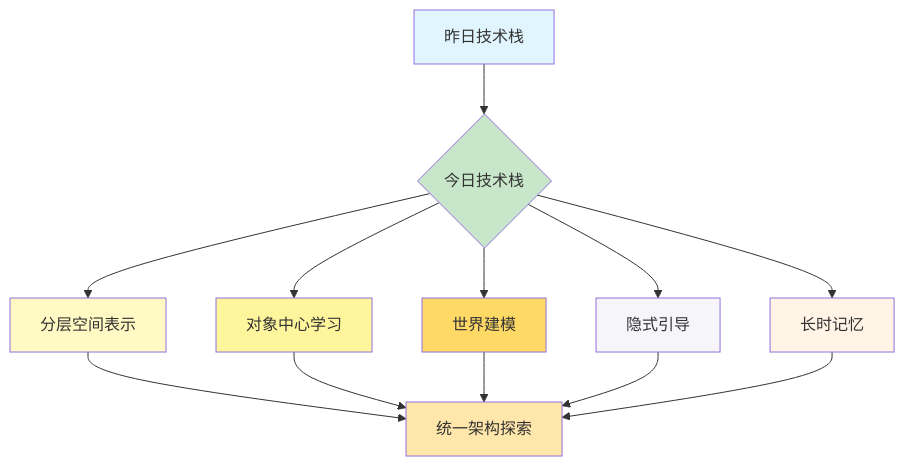
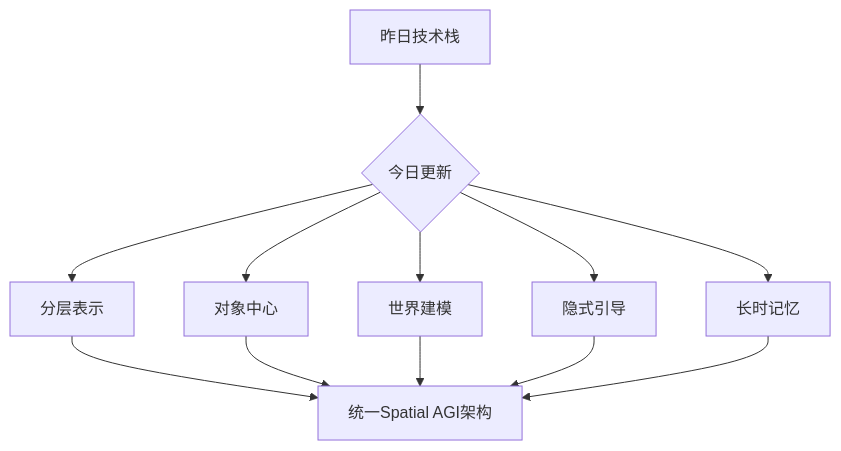
The second of 4 diagrams in daily_thinking/2026-03-30.md (liup19/spatial_agi), drawn with Mermaid before and after one commit. The commit also changed other lines of this file and 1 other file, not shown here.

````diff
--- a/daily_thinking/2026-03-30.md
+++ b/daily_thinking/2026-03-30.md
@@ -364,25 +512,15 @@
 ```mermaid
 graph TD
-    A[昨日技术栈] --> B{今日技术栈}
-    
-    B --> C[分层空间表示]
-    B --> D[对象中心学习]
+    A[昨日技术栈] --> B{今日更新}
+    B --> C[分层表示]
+    B --> D[对象中心]
     B --> E[世界建模]
     B --> F[隐式引导]
     B --> G[长时记忆]
     
-    C --> H[统一架构探索]
+    C --> H[统一Spatial AGI架构]
     D --> H
     E --> H
     F --> H
     G --> H
-    
-    style A fill:#e1f5ff
-    style B fill:#c8e6c9
-    style C fill:#fff9c4
-    style D fill:#fff59d
-    style E fill:#ffd966
-    style F fill:#f5f5fa
-    style G fill:#fff4e6
-    style H fill:#ffe6aa
 ```
````
